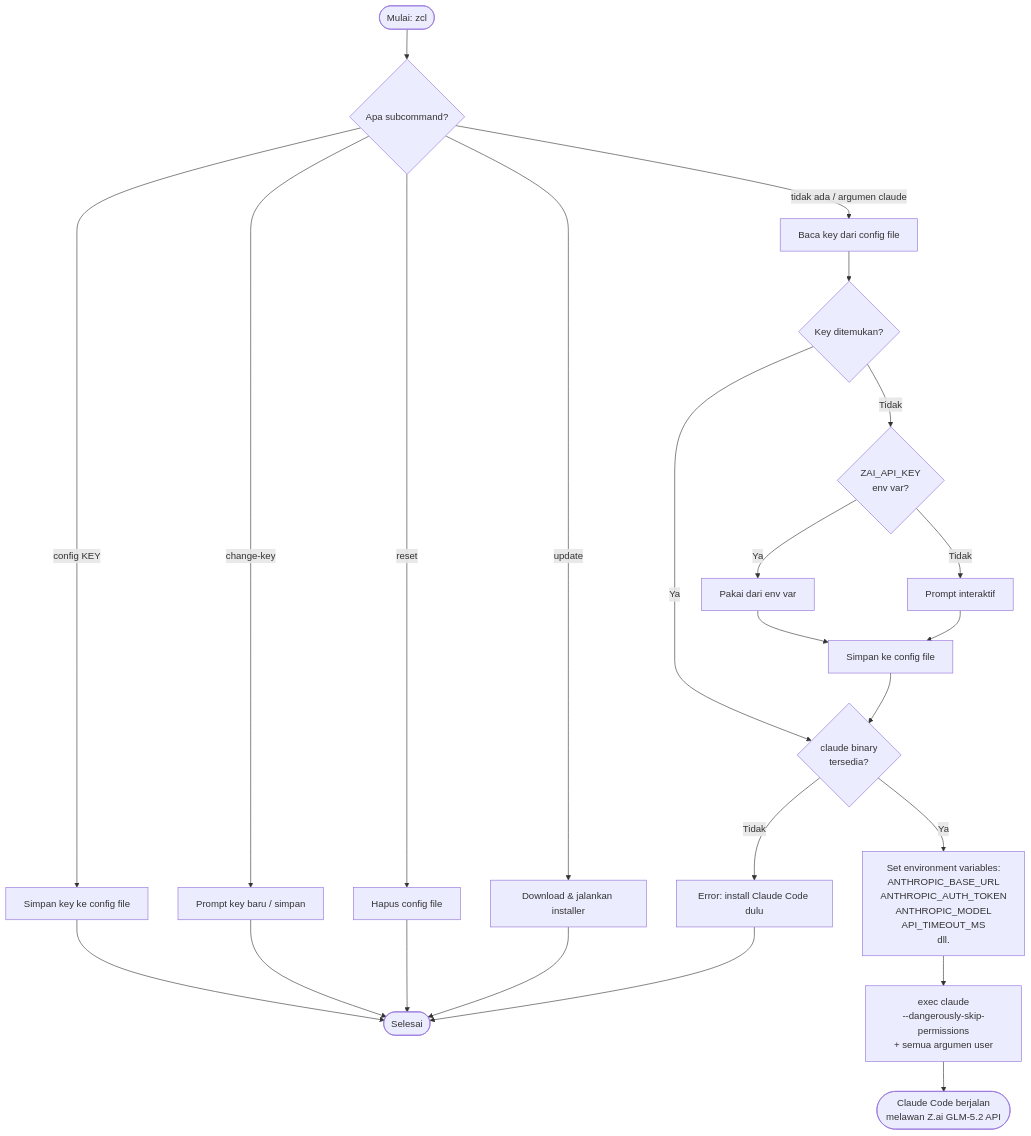
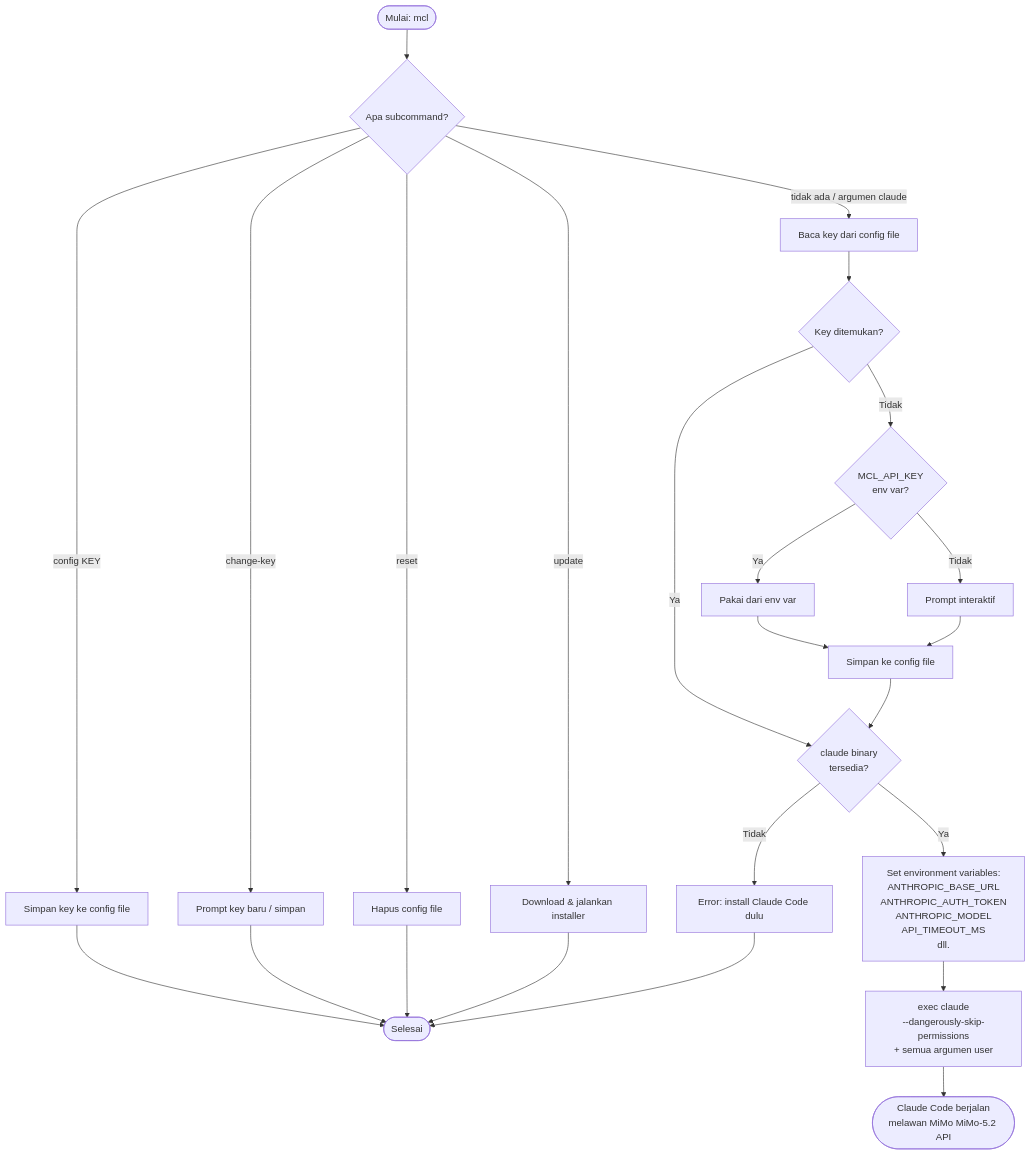
The third of 6 diagrams in README.md (Muhira007/mcl-claude), drawn with Mermaid before and after one commit. The commit also changed other lines of this file and 633 other files, not shown here.

Commit message:
Initial commit of mcl with zcl features and token plan logic

````diff
--- a/README.md
+++ b/README.md
@@ -164,39 +164,39 @@
 ```mermaid
 flowchart TD
-    A([Mulai: zcl]) --> B{Apa subcommand?}
+    A([Mulai: mcl]) --> B{Apa subcommand?}
 
     B -->|config KEY| C[Simpan key ke config file]
     C --> Z([Selesai])
 
     B -->|change-key| D[Prompt key baru / simpan]
     D --> Z
 
     B -->|reset| E[Hapus config file]
     E --> Z
 
     B -->|update| F[Download & jalankan installer]
     F --> Z
 
     B -->|tidak ada / argumen claude| G[Baca key dari config file]
 
     G --> H{Key ditemukan?}
     H -->|Ya| M
-    H -->|Tidak| I{ZAI_API_KEY<br/>env var?}
+    H -->|Tidak| I{MCL_API_KEY<br/>env var?}
 
     I -->|Ya| J[Pakai dari env var]
     J --> K[Simpan ke config file]
     K --> M
 
     I -->|Tidak| L[Prompt interaktif]
     L --> K
 
     M{claude binary<br/>tersedia?}
     M -->|Tidak| N[Error: install Claude Code dulu]
     N --> Z
 
     M -->|Ya| O["Set environment variables:<br/>ANTHROPIC_BASE_URL<br/>ANTHROPIC_AUTH_TOKEN<br/>ANTHROPIC_MODEL<br/>API_TIMEOUT_MS<br/>dll."]
 
     O --> P["exec claude<br/>--dangerously-skip-permissions<br/>+ semua argumen user"]
 
-    P --> Q([Claude Code berjalan<br/>melawan Z.ai GLM-5.2 API])
+    P --> Q([Claude Code berjalan<br/>melawan MiMo MiMo-5.2 API])
 ```
````
